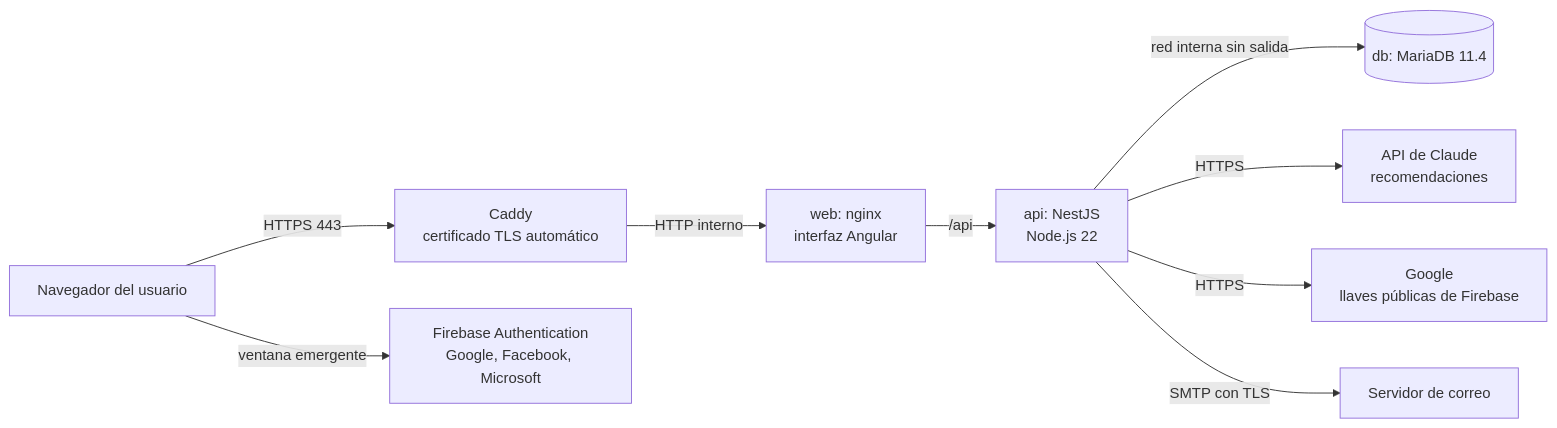
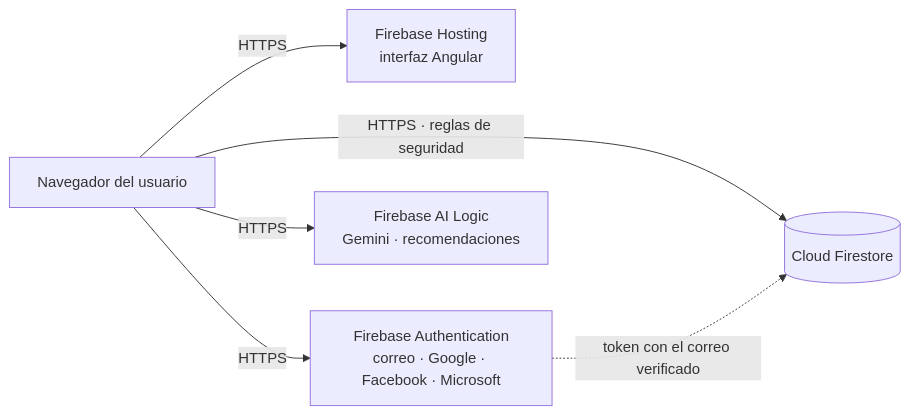
The diagram in docs/DESPLIEGUE.md (98765432100123456/Aplicacion-a-la-inteligencia-artificial-), drawn with Mermaid before and after one commit. The commit also changed other lines of this file and 135 other files, not shown here.

First line of the commit message:
Retira el servicio NestJS y MariaDB; documentación y pruebas sobre Firebase

````diff
--- a/docs/DESPLIEGUE.md
+++ b/docs/DESPLIEGUE.md
@@ -12,11 +12,8 @@
 ```mermaid
 flowchart LR
-    U[Navegador del usuario] -->|HTTPS 443| C[Caddy<br/>certificado TLS automático]
-    C -->|HTTP interno| W[web: nginx<br/>interfaz Angular]
-    W -->|/api| A[api: NestJS<br/>Node.js 22]
-    A -->|red interna sin salida| D[(db: MariaDB 11.4)]
-    A -->|HTTPS| IA[API de Claude<br/>recomendaciones]
-    A -->|HTTPS| G[Google<br/>llaves públicas de Firebase]
-    U -->|ventana emergente| F[Firebase Authentication<br/>Google, Facebook, Microsoft]
-    A -->|SMTP con TLS| M[Servidor de correo]
+    U[Navegador del usuario] -->|HTTPS| H[Firebase Hosting<br/>interfaz Angular]
+    U -->|HTTPS| A[Firebase Authentication<br/>correo · Google · Facebook · Microsoft]
+    U -->|HTTPS · reglas de seguridad| F[(Cloud Firestore)]
+    U -->|HTTPS| IA[Firebase AI Logic<br/>Gemini · recomendaciones]
+    A -.->|token con el correo verificado| F
 ```
````
